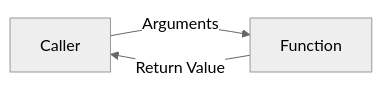
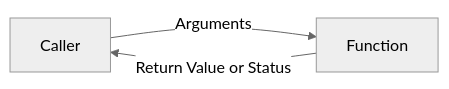
The diagram in materials/preparatory/unit-04-functions-integration.en.md (inred329/summer_pre_course_2026), drawn with Mermaid (neutral theme) before and after one commit. The commit also changed other lines of this file, not shown here.

````diff
--- a/materials/preparatory/unit-04-functions-integration.en.md
+++ b/materials/preparatory/unit-04-functions-integration.en.md
@@ -50,5 +51,5 @@
 ```mermaid
 flowchart LR
     C[Caller] -->|Arguments| F[Function]
-    F -->|Return Value| C
+    F -->|Return Value or Status| C
 ```
````
